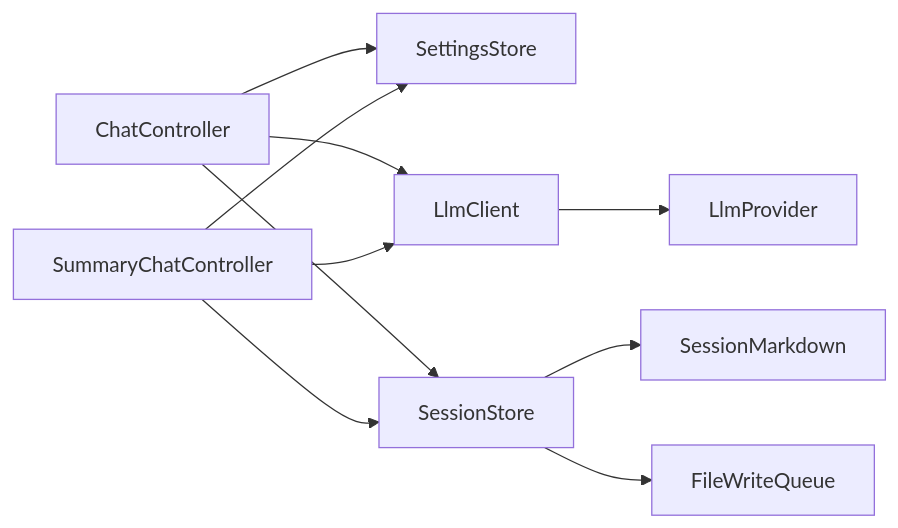
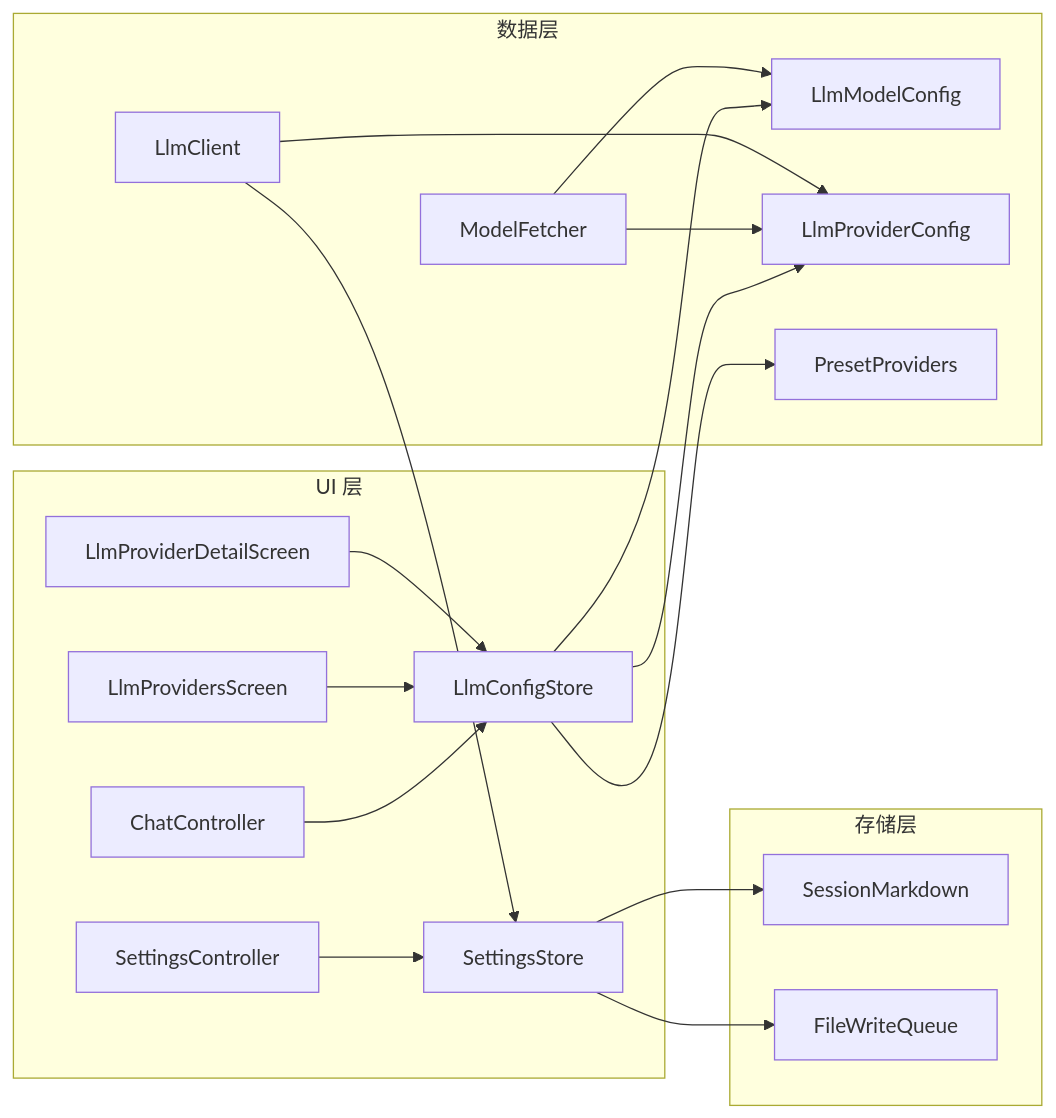
Before and after one commit to Ykworm/thktree: the fifth of 5 diagrams in .qoder/repowiki/zh/content/LLM 集成/LLM 集成.md, drawn with Mermaid. The commit also changed other lines of this file and 45 other files, not shown here.

````diff
--- a/.qoder/repowiki/zh/content/LLM 集成/LLM 集成.md
+++ b/.qoder/repowiki/zh/content/LLM 集成/LLM 集成.md
@@ -347,12 +356,22 @@
 ```mermaid
 graph LR
-ChatCtrl["ChatController"] --> Settings["SettingsStore"]
-ChatCtrl --> LlmCli["LlmClient"]
-LlmCli --> Prov["LlmProvider"]
-ChatCtrl --> SessStore["SessionStore"]
-SessStore --> SessMd["SessionMarkdown"]
-SessStore --> Fwq["FileWriteQueue"]
-SumCtrl["SummaryChatController"] --> Settings
-SumCtrl --> LlmCli
-SumCtrl --> SessStore
+subgraph "UI 层"
+CC["ChatController"] --> LCS["LlmConfigStore"]
+PS["LlmProvidersScreen"] --> LCS
+PDS["LlmProviderDetailScreen"] --> LCS
+SC["SettingsController"] --> SS["SettingsStore"]
+end
+subgraph "数据层"
+LCS --> MC["LlmModelConfig"]
+LCS --> PC["LlmProviderConfig"]
+LCS --> PT["PresetProviders"]
+MF["ModelFetcher"] --> MC
+MF --> PC
+LC["LlmClient"] --> PC
+LC --> SS
+end
+subgraph "存储层"
+SS --> SM["SessionMarkdown"]
+SS --> FW["FileWriteQueue"]
+end
 ```
````
